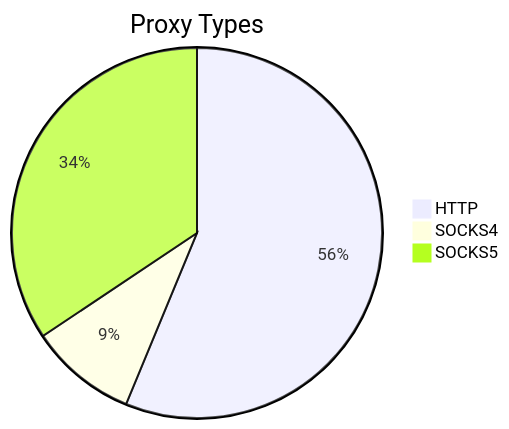
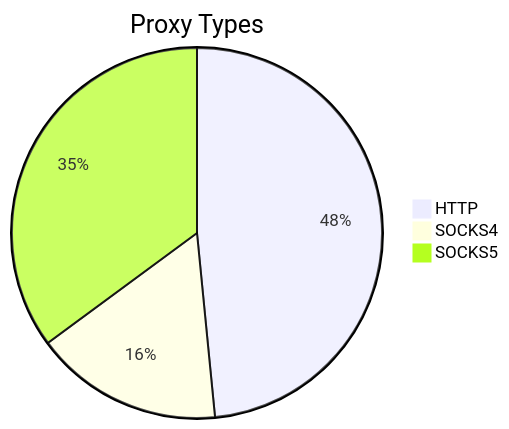
One commit to stormsia/proxy-list changed the first of 2 diagrams in README.md. Above: the diagram before and after it, drawn with Mermaid. The commit also changed other lines of this file, not shown here.

````diff
--- a/README.md
+++ b/README.md
@@ -21,6 +21,6 @@
 ```mermaid
 pie title Proxy Types
-    "HTTP" : 162
-    "SOCKS4" : 27
-    "SOCKS5" : 99
+    "HTTP" : 218
+    "SOCKS4" : 74
+    "SOCKS5" : 158
 ```
````
